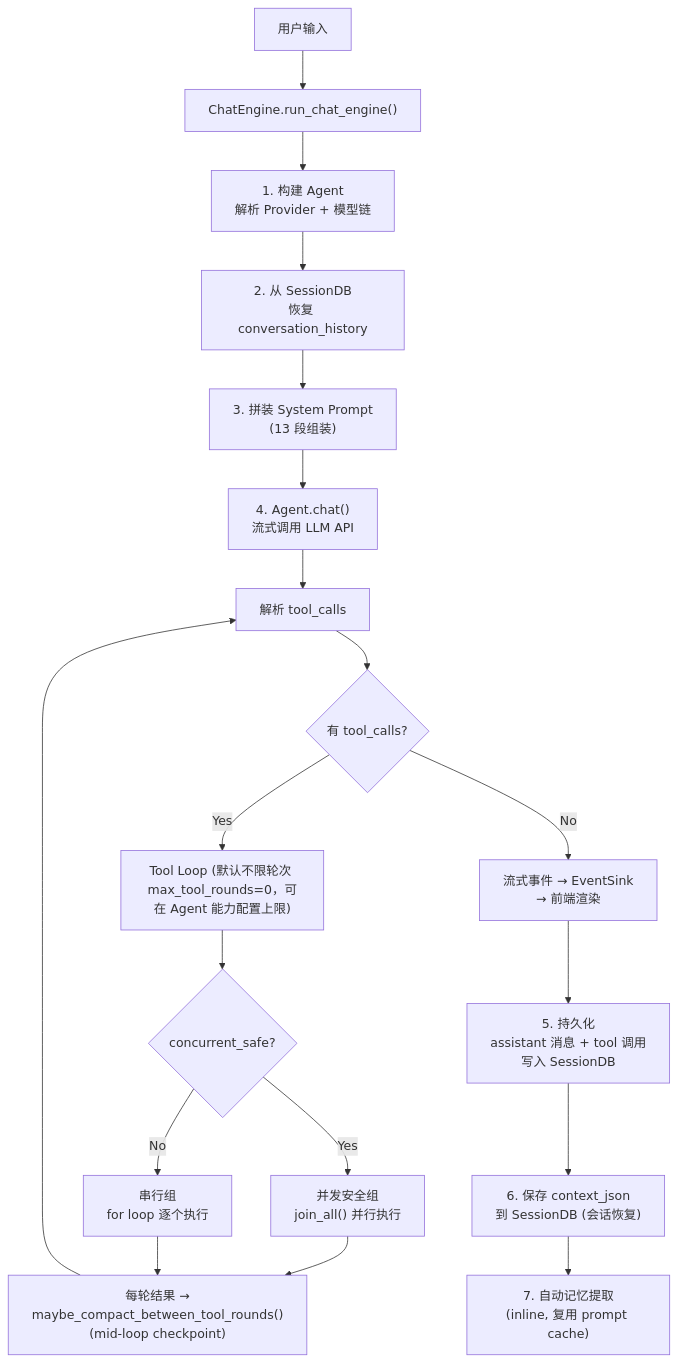
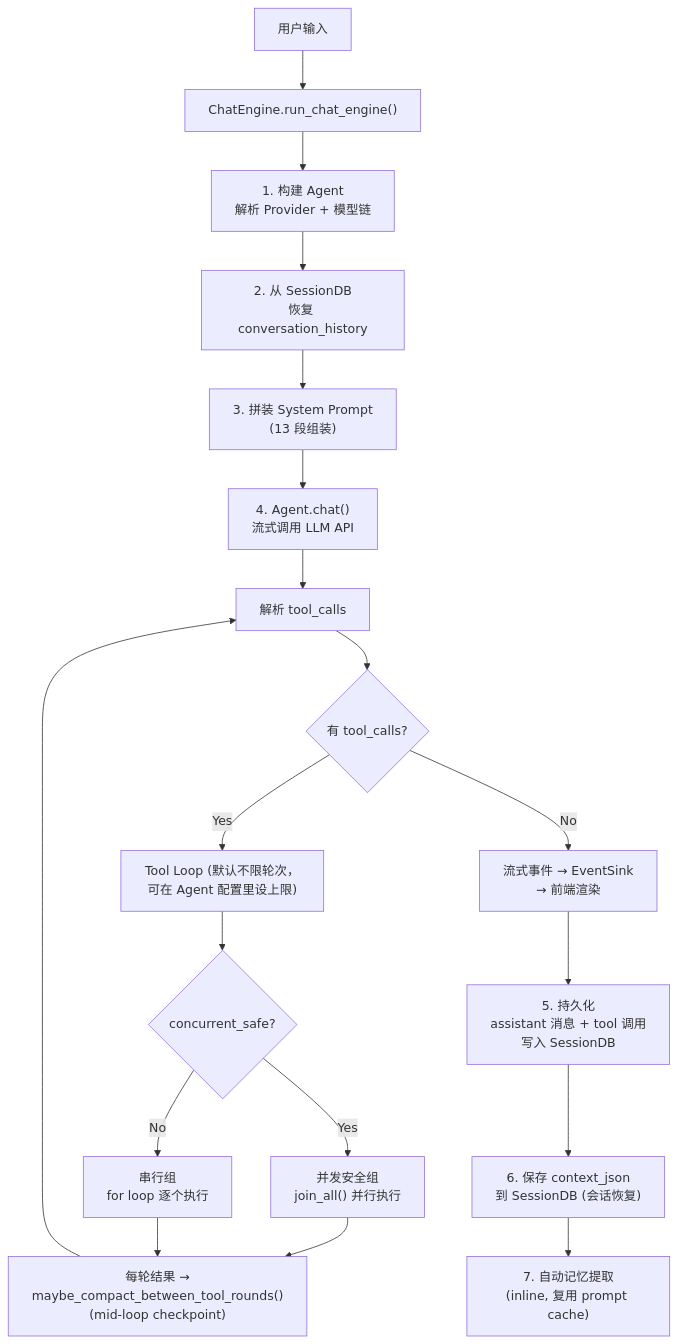
One commit to shiwenwen/hope-agent changed the second of 4 diagrams in docs/architecture/overview.md. Above: the diagram before and after it, drawn with Mermaid. The commit also changed other lines of this file, not shown here.

First line of the commit message:
🦭docs(overview): 按新标准重做——分层架构清爽图 + 图文并茂 + 修陈旧存储事实

````diff
--- a/docs/architecture/overview.md
+++ b/docs/architecture/overview.md
@@ -140,24 +86,24 @@
 ```mermaid
 flowchart TD
     A["用户输入"] --> B["ChatEngine.run_chat_engine()"]
     B --> C["1. 构建 Agent<br/>解析 Provider + 模型链"]
     C --> D["2. 从 SessionDB<br/>恢复 conversation_history"]
     D --> E["3. 拼装 System Prompt<br/>(13 段组装)"]
     E --> F["4. Agent.chat()<br/>流式调用 LLM API"]
 
     F --> G["解析 tool_calls"]
     G --> H{"有 tool_calls?"}
-    H -- Yes --> I["Tool Loop (默认不限轮次 max_tool_rounds=0，可在 Agent 能力配置上限)"]
+    H -- Yes --> I["Tool Loop (默认不限轮次，可在 Agent 配置里设上限)"]
     I --> J{"concurrent_safe?"}
     J -- Yes --> K["并发安全组<br/>join_all() 并行执行"]
     J -- No --> L["串行组<br/>for loop 逐个执行"]
     K --> M["每轮结果 →<br/>maybe_compact_between_tool_rounds()<br/>(mid-loop checkpoint)"]
     L --> M
     M --> G
 
     H -- No --> N["流式事件 → EventSink<br/>→ 前端渲染"]
     N --> O["5. 持久化<br/>assistant 消息 + tool 调用<br/>写入 SessionDB"]
     O --> P["6. 保存 context_json<br/>到 SessionDB (会话恢复)"]
     P --> Q["7. 自动记忆提取<br/>(inline, 复用 prompt cache)"]
 
 ```
````
